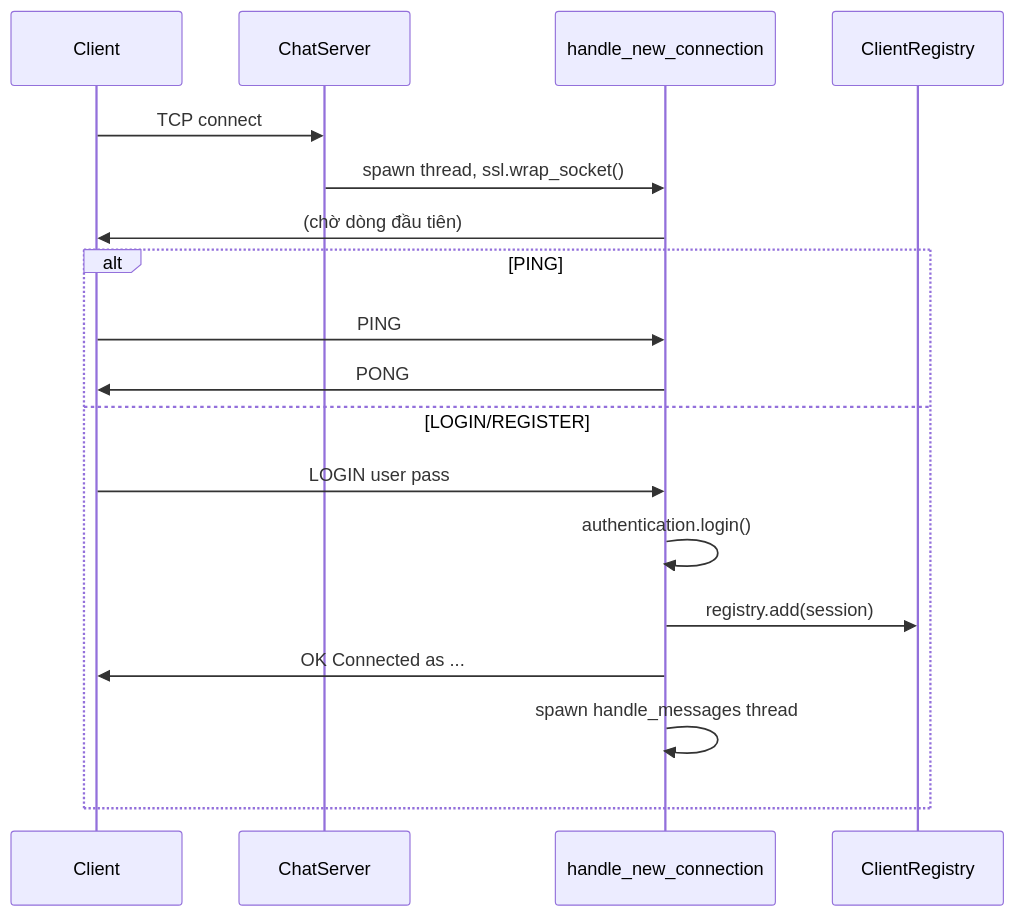
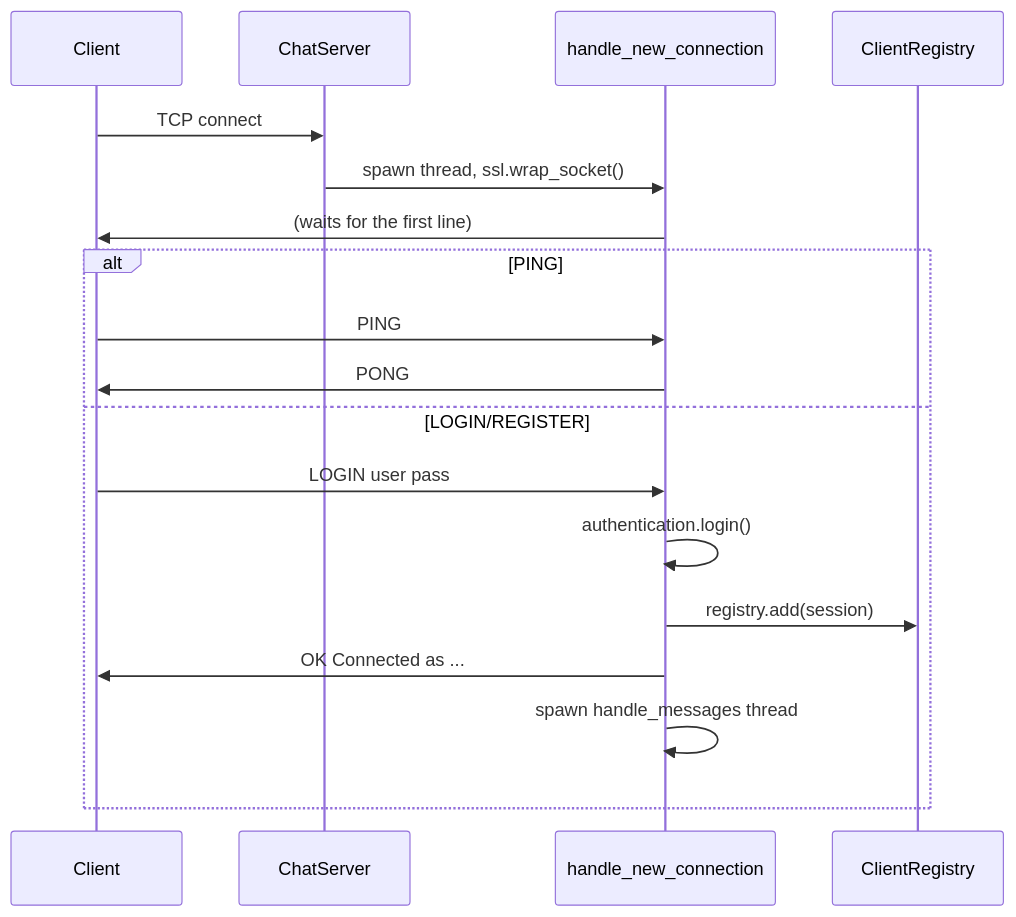
One commit to DevVoid-echoi/TLSocket changed the first of 2 diagrams in docs/ARCHITECTURE.md. Above: the diagram before and after it, drawn with Mermaid. The commit also changed other lines of this file and 2 other files, not shown here.

First line of the commit message:
docs: fix stale README references, translate ARCHITECTURE/DECISIONS to English

````diff
--- a/docs/ARCHITECTURE.md
+++ b/docs/ARCHITECTURE.md
@@ -1,19 +1,19 @@
 ```mermaid
 sequenceDiagram
     participant Client
     participant ChatServer
     participant AuthLoop as handle_new_connection
     Client->>ChatServer: TCP connect
     ChatServer->>AuthLoop: spawn thread, ssl.wrap_socket()
-    AuthLoop->>Client: (chờ dòng đầu tiên)
+    AuthLoop->>Client: (waits for the first line)
     alt PING
         Client->>AuthLoop: PING
         AuthLoop->>Client: PONG
     else LOGIN/REGISTER
         Client->>AuthLoop: LOGIN user pass
         AuthLoop->>AuthLoop: authentication.login()
         AuthLoop->>ClientRegistry: registry.add(session)
         AuthLoop->>Client: OK Connected as ...
         AuthLoop->>AuthLoop: spawn handle_messages thread
     end
 ```
````
